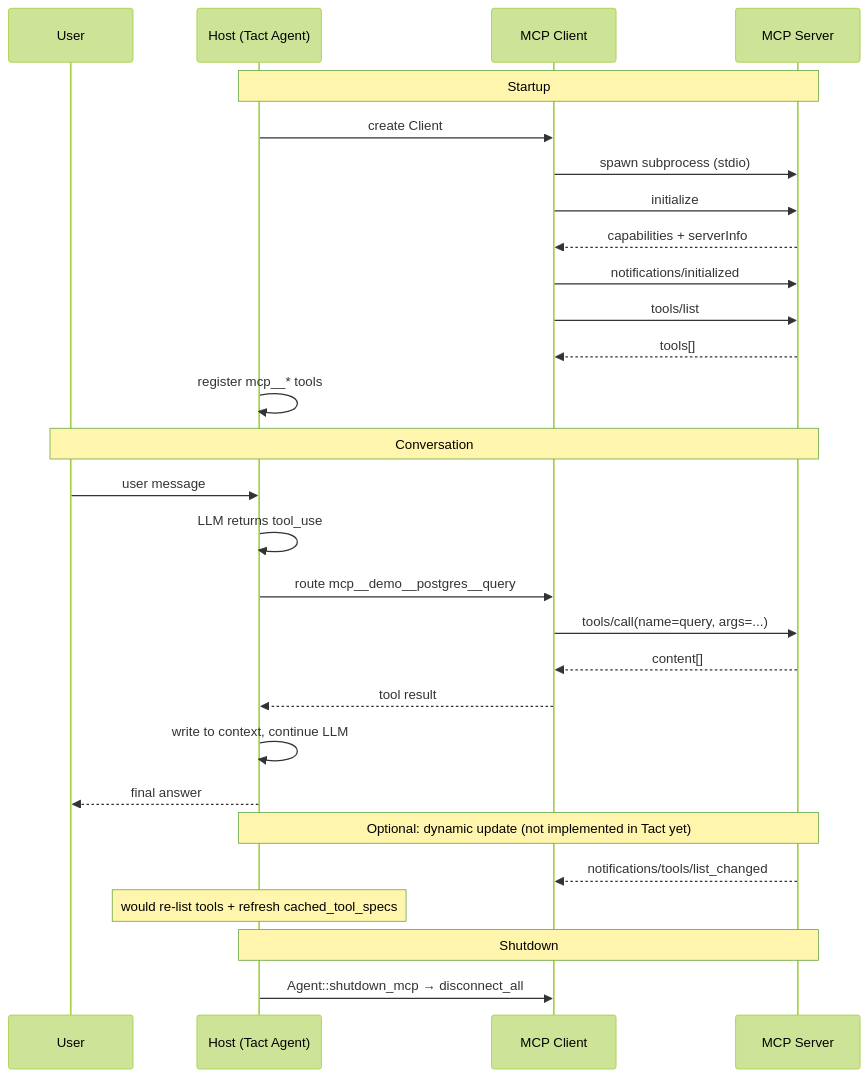
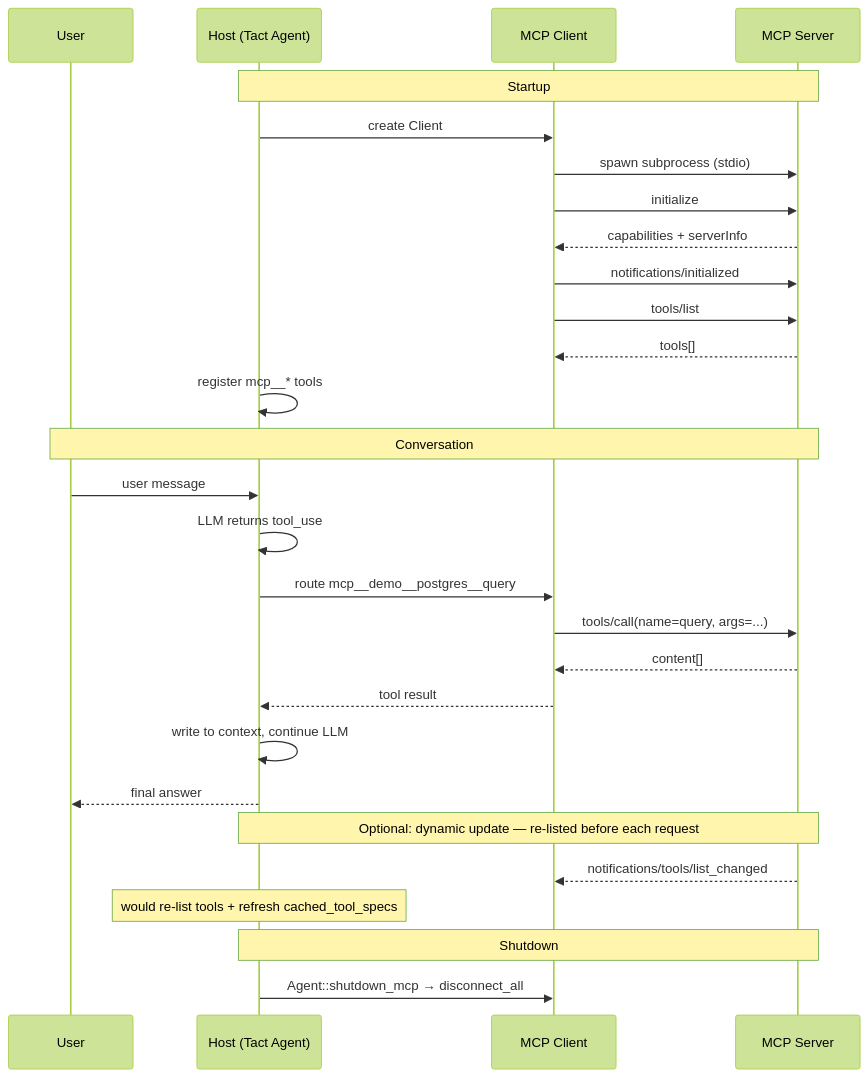
One commit to rust-infra/tact changed the second of 2 diagrams in book/08_chapter_mcp.md. Above: the diagram before and after it, drawn with Mermaid (forest theme). The commit also changed other lines of this file and 8 other files, not shown here.

````diff
--- a/book/08_chapter_mcp.md
+++ b/book/08_chapter_mcp.md
@@ -599,33 +616,33 @@
 ```mermaid
 sequenceDiagram
     participant User as User
     participant Host as Host (Tact Agent)
     participant Client as MCP Client
     participant Server as MCP Server
 
     Note over Host,Server: Startup
     Host->>Client: create Client
     Client->>Server: spawn subprocess (stdio)
     Client->>Server: initialize
     Server-->>Client: capabilities + serverInfo
     Client->>Server: notifications/initialized
     Client->>Server: tools/list
     Server-->>Client: tools[]
     Host->>Host: register mcp__* tools
 
     Note over User,Server: Conversation
     User->>Host: user message
     Host->>Host: LLM returns tool_use
     Host->>Client: route mcp__demo__postgres__query
     Client->>Server: tools/call(name=query, args=...)
     Server-->>Client: content[]
     Client-->>Host: tool result
     Host->>Host: write to context, continue LLM
     Host-->>User: final answer
 
-    Note over Host,Server: Optional: dynamic update (not implemented in Tact yet)
+    Note over Host,Server: Optional: dynamic update — re-listed before each request
     Server-->>Client: notifications/tools/list_changed
     Note over Host: would re-list tools + refresh cached_tool_specs
     Note over Host,Server: Shutdown
     Host->>Client: Agent::shutdown_mcp → disconnect_all
 ```
````
